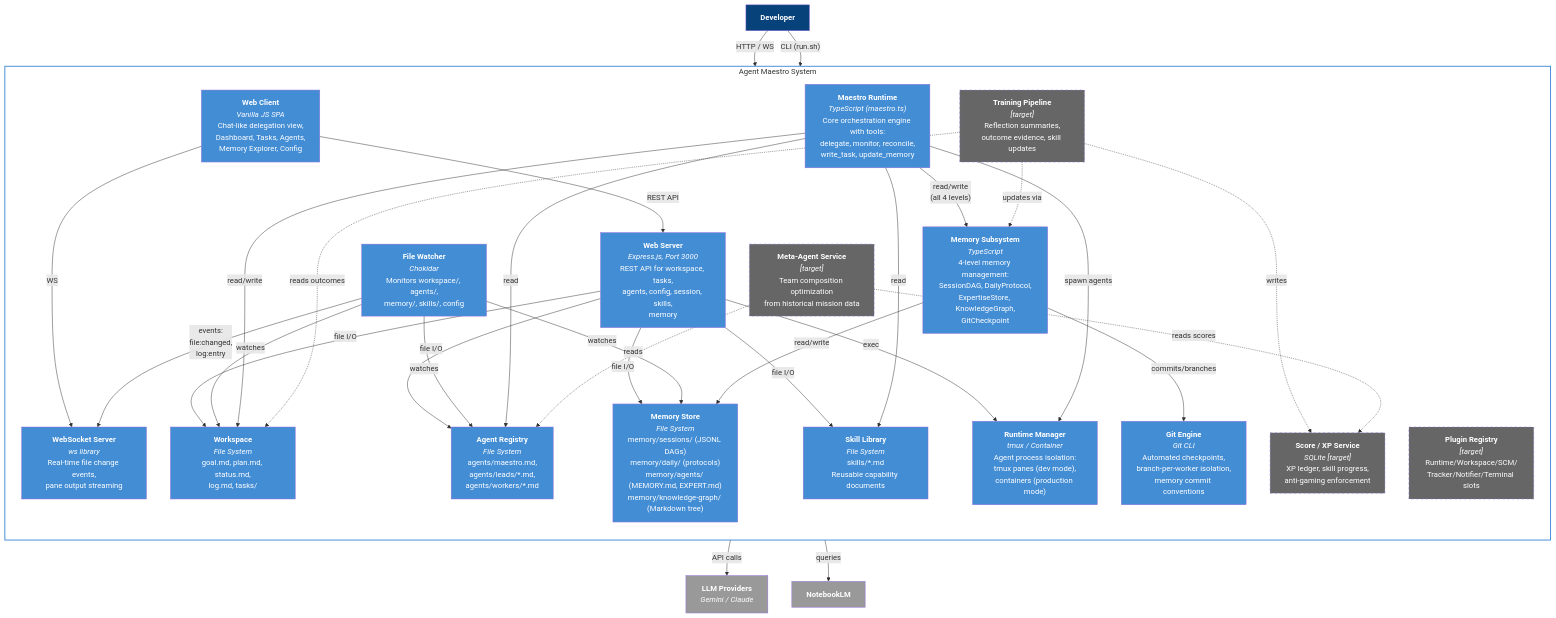
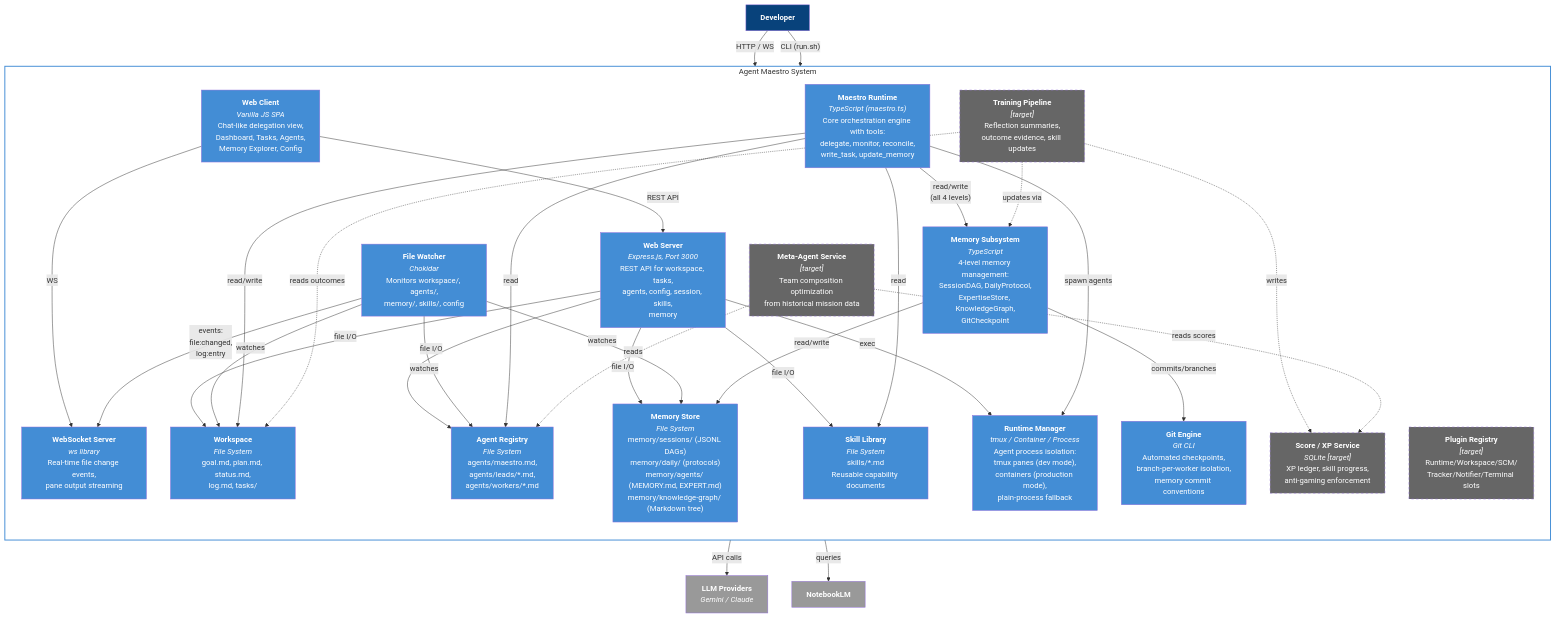
Before and after one commit to BerndAdamczyk/Agent-Maestro: the second of 21 diagrams in docs/arc42-architecture.md, drawn with Mermaid. The commit also changed other lines of this file, not shown here.

```diff
--- a/docs/arc42-architecture.md
+++ b/docs/arc42-architecture.md
@@ -202,7 +206,7 @@
 
         WebClient["<b>Web Client</b><br/><i>Vanilla JS SPA</i><br/>Chat-like delegation view,<br/>Dashboard, Tasks, Agents,<br/>Memory Explorer, Config"]
 
-        RuntimeMgr["<b>Runtime Manager</b><br/><i>tmux / Container</i><br/>Agent process isolation:<br/>tmux panes (dev mode),<br/>containers (production mode)"]
+        RuntimeMgr["<b>Runtime Manager</b><br/><i>tmux / Container / Process</i><br/>Agent process isolation:<br/>tmux panes (dev mode),<br/>containers (production mode),<br/>plain-process fallback"]
 
         Workspace["<b>Workspace</b><br/><i>File System</i><br/>goal.md, plan.md, status.md,<br/>log.md, tasks/"]
 
```
